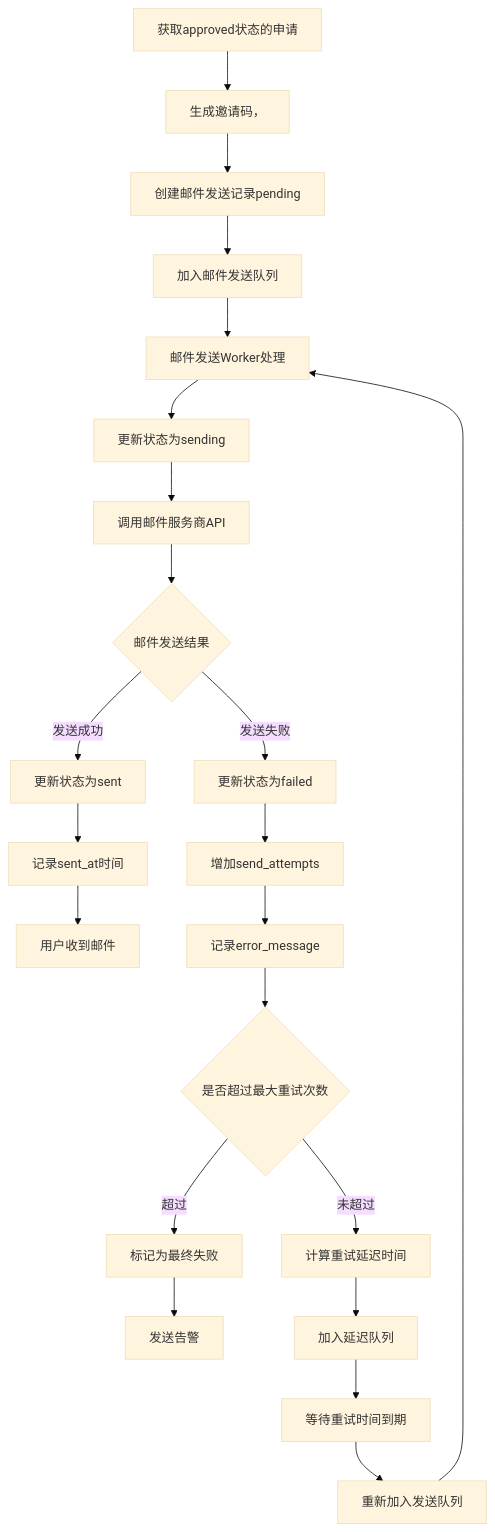
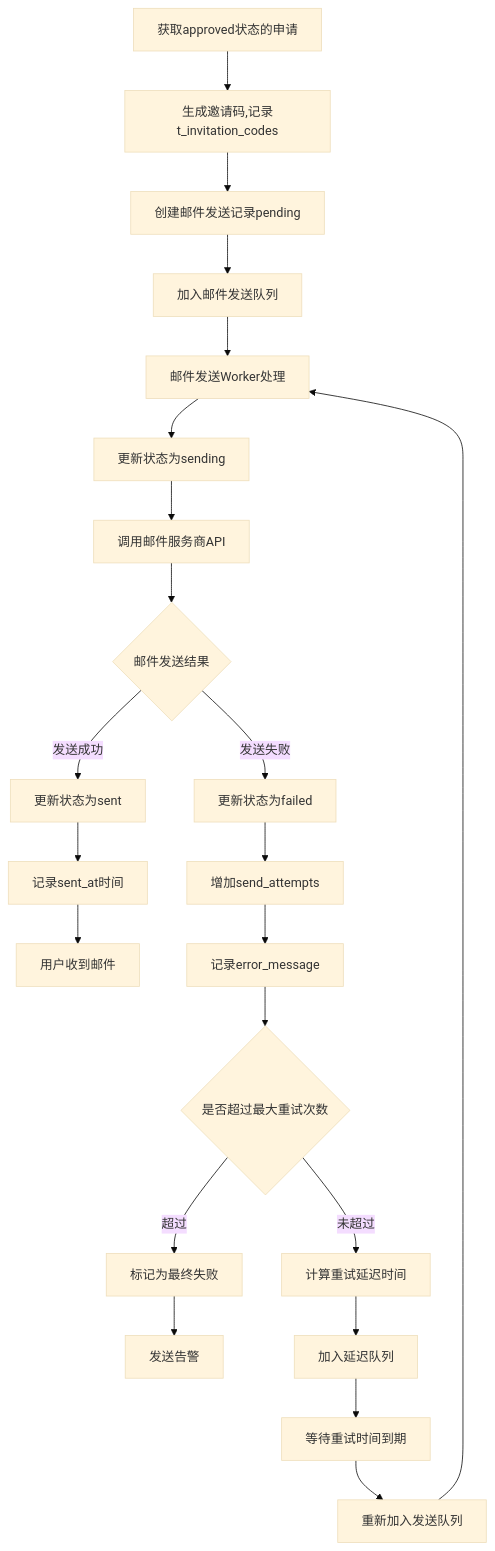
The diagram in all/未命名-77.md (yingjianzh/iodraw-files), drawn with Mermaid (base theme) before and after one commit.

Commit message:
2025-07-08 10:05:01 update

````diff
--- a/all/未命名-77.md
+++ b/all/未命名-77.md
@@ -1,29 +1,29 @@
 ```mermaid
 
 flowchart TD
-    A[获取approved状态的申请] --> B[生成邀请码，]
+    A[获取approved状态的申请] --> B[生成邀请码,记录t_invitation_codes]
     B --> C[创建邮件发送记录pending]
     C --> D[加入邮件发送队列]
     
     D --> E[邮件发送Worker处理]
     E --> F[更新状态为sending]
     F --> G[调用邮件服务商API]
     G --> H{邮件发送结果}
     
     H -->|发送成功| I[更新状态为sent]
     I --> J[记录sent_at时间]
     J --> K[用户收到邮件]
     
     H -->|发送失败| L[更新状态为failed]
     L --> M[增加send_attempts]
     M --> N[记录error_message]
     N --> O{是否超过最大重试次数}
     O -->|超过| P[标记为最终失败]
     P --> Q[发送告警]
     O -->|未超过| R[计算重试延迟时间]
     R --> S[加入延迟队列]
     S --> T[等待重试时间到期]
     T --> U[重新加入发送队列]
     U --> E
 
 ```
````
